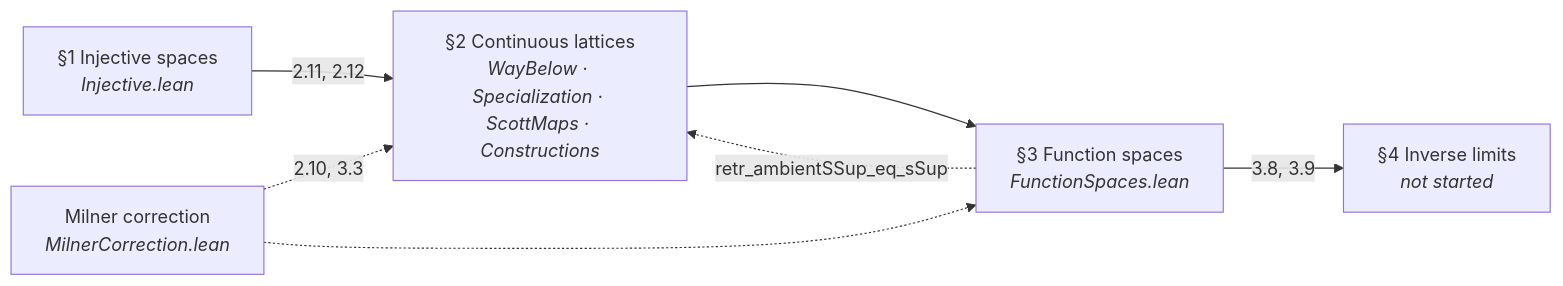
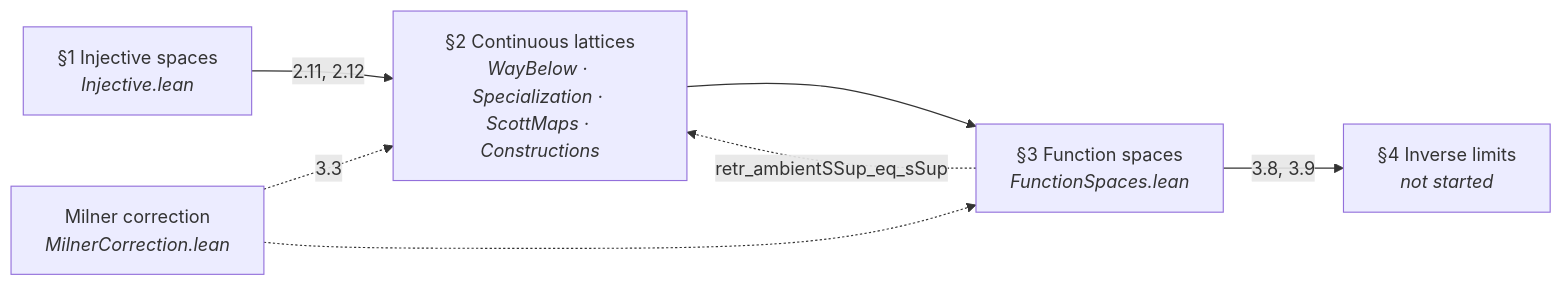
The second of 8 diagrams in arxiv.md (catskillsresearch/domain_theory), drawn with Mermaid before and after one commit. The commit also changed other lines of this file and 1 other file, not shown here.

````diff
--- a/arxiv.md
+++ b/arxiv.md
@@ -218,15 +219,15 @@
 ```mermaid
 flowchart LR
   S1["§1 Injective spaces<br/><i>Injective.lean</i>"]
   S2["§2 Continuous lattices<br/><i>WayBelow · Specialization · ScottMaps · Constructions</i>"]
   S3["§3 Function spaces<br/><i>FunctionSpaces.lean</i>"]
   S4["§4 Inverse limits<br/><i>not started</i>"]
   MIL["Milner correction<br/><i>MilnerCorrection.lean</i>"]
 
   S1 -->|"2.11, 2.12"| S2
   S2 --> S3
   S3 -->|"3.8, 3.9"| S4
-  MIL -.->|"2.10, 3.3"| S2
+  MIL -.->|"3.3"| S2
   MIL -.-> S3
   S3 -.->|"retr_ambientSSup_eq_sSup"| S2
 ```
````
